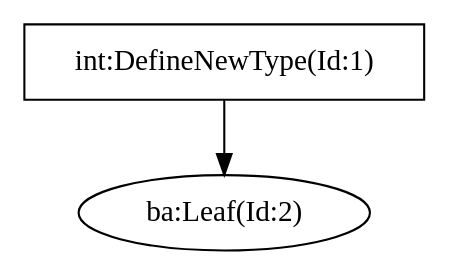
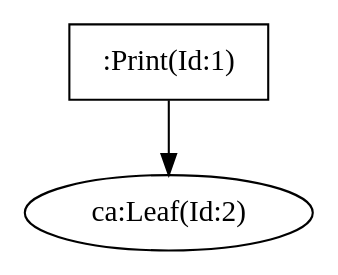
The diagram in Compiler/SyntacticalAnalyzerGenerator/LangFiles/astTree.dot (egoshin-igor/StateMachine), drawn with Graphviz before and after one commit. The commit also changed 5 other files, not shown here.

```diff
--- a/Compiler/SyntacticalAnalyzerGenerator/LangFiles/astTree.dot
+++ b/Compiler/SyntacticalAnalyzerGenerator/LangFiles/astTree.dot
@@ -1,1 +1,1 @@
-digraph G{"int:DefineNewType(Id:1)" [shape = box];"int:DefineNewType(Id:1)"->"ba:Leaf(Id:2)";}
+digraph G{":Print(Id:1)" [shape = box];":Print(Id:1)"->"ca:Leaf(Id:2)";}
```
